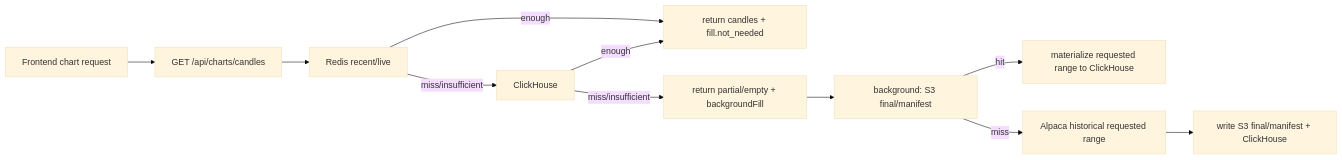
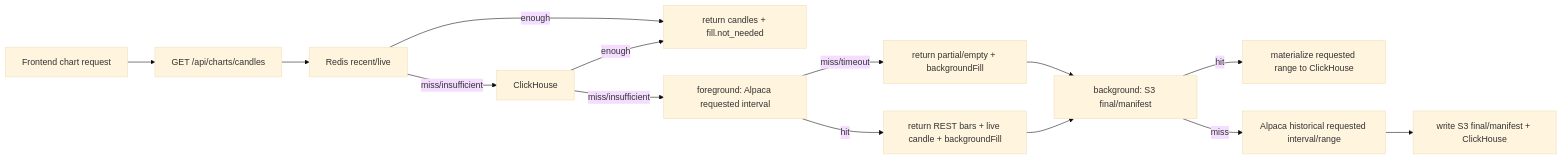
One commit to seunglee10/GOPS-BE changed the diagram in docs/CHART_DATA_REBUILD_PLAN.md. Above: the diagram before and after it, drawn with Mermaid (base theme). The commit also changed other lines of this file and 12 other files, not shown here.

````diff
--- a/docs/CHART_DATA_REBUILD_PLAN.md
+++ b/docs/CHART_DATA_REBUILD_PLAN.md
@@ -99,13 +109,16 @@
 ```mermaid
 flowchart LR
   UI["Frontend chart request"] --> API["GET /api/charts/candles"]
   API --> Redis["Redis recent/live"]
   Redis -->|enough| Done["return candles + fill.not_needed"]
   Redis -->|miss/insufficient| CH["ClickHouse"]
   CH -->|enough| Done
-  CH -->|miss/insufficient| Partial["return partial/empty + backgroundFill"]
+  CH -->|miss/insufficient| AlpacaDirect["foreground: Alpaca requested interval"]
+  AlpacaDirect -->|hit| Overlay["return REST bars + live candle + backgroundFill"]
+  AlpacaDirect -->|miss/timeout| Partial["return partial/empty + backgroundFill"]
   Partial --> S3["background: S3 final/manifest"]
+  Overlay --> S3
   S3 -->|hit| Mat["materialize requested range to ClickHouse"]
-  S3 -->|miss| Alpaca["Alpaca historical requested range"]
+  S3 -->|miss| Alpaca["Alpaca historical requested interval/range"]
   Alpaca --> Write["write S3 final/manifest + ClickHouse"]
 ```
````
